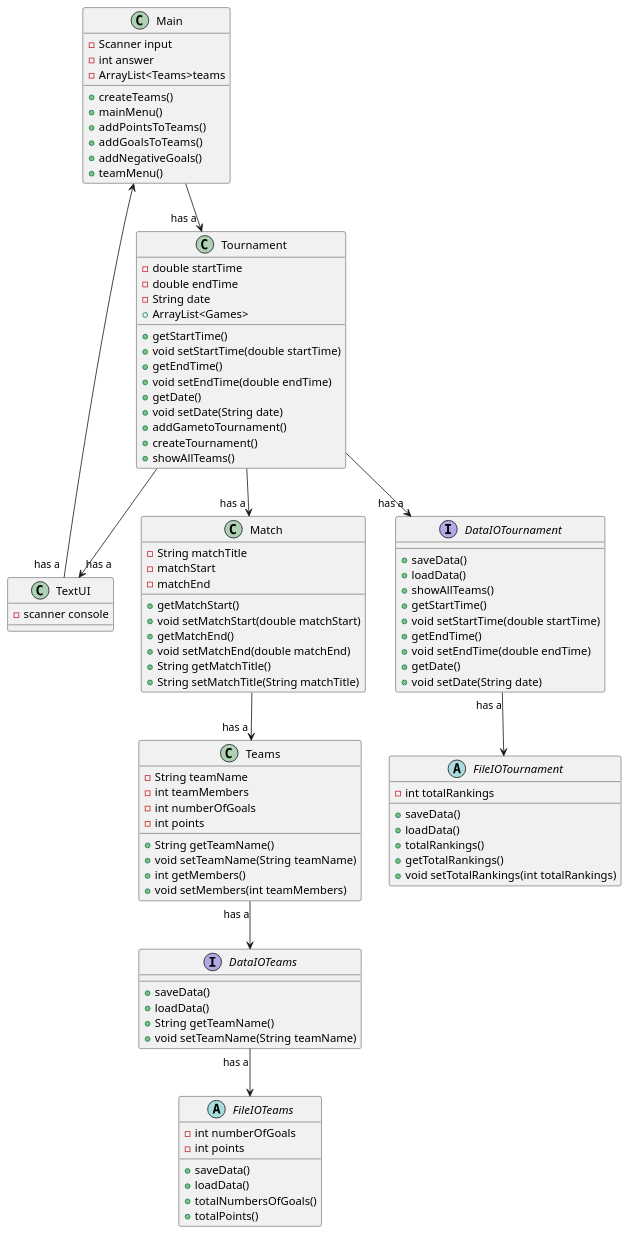
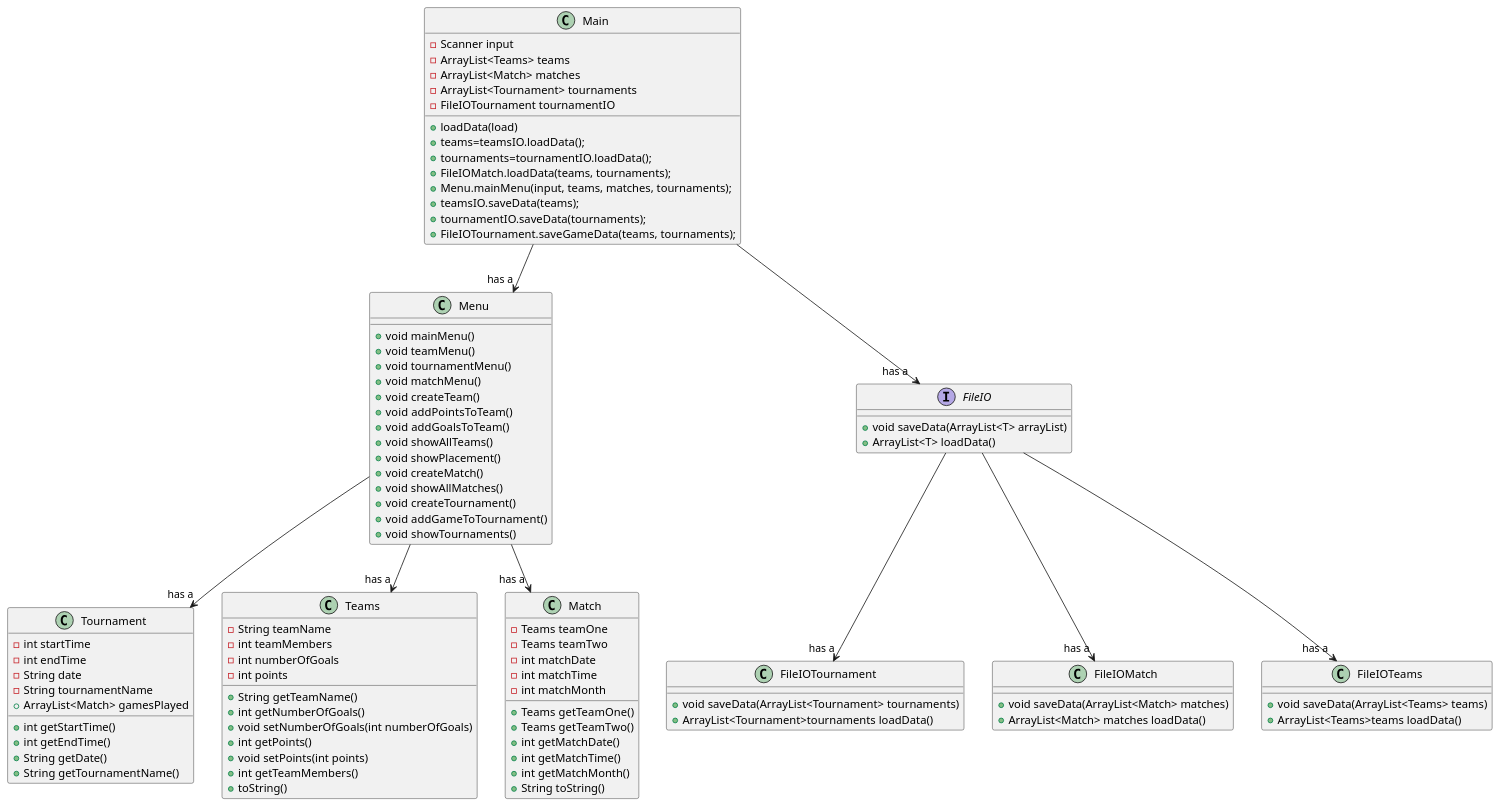
Before and after one commit to Ravnkilde1995/F22SP3-GroupJ: the diagram in src/dokumentation/ClassDiagram.puml, drawn with PlantUML. The commit also changed 3 other files, not shown here.

Commit message:
updated ClassDiagram

```diff
--- a/src/dokumentation/ClassDiagram.puml
+++ b/src/dokumentation/ClassDiagram.puml
@@ -1,107 +1,109 @@
 @startuml
 
-Main --> "has a "Tournament
-Tournament --> "has a "TextUI
-Match --> "has a " Teams
-Tournament --> "has a " Match
-TextUI "has a "--> Main
-Tournament --> "has a" DataIOTournament
-Teams "has a"-->  DataIOTeams
-DataIOTeams "has a" --> FileIOTeams
-DataIOTournament "has a"-->FileIOTournament
-
+Main --> "has a " Menu
+Menu --> "has a " Tournament
+Menu --> "has a " Teams
+Menu --> "has a " Match
+Main --> "has a " FileIO
+FileIO --> "has a"FileIOTournament
+FileIO --> "has a" FileIOMatch
+FileIO --> "has a"FileIOTeams
 
 Class Main {
 - Scanner input
-- int answer
--ArrayList<Teams>teams
-+ createTeams()
-+ mainMenu()
-+addPointsToTeams()
-+addGoalsToTeams()
-+addNegativeGoals()
-+teamMenu()
+- ArrayList<Teams> teams
+- ArrayList<Match> matches
+- ArrayList<Tournament> tournaments
+- FileIOTournament tournamentIO
++ loadData(load)
++ teams=teamsIO.loadData();
++ tournaments=tournamentIO.loadData();
++ FileIOMatch.loadData(teams, tournaments);
++ Menu.mainMenu(input, teams, matches, tournaments);
++teamsIO.saveData(teams);
++tournamentIO.saveData(tournaments);
++ FileIOTournament.saveGameData(teams, tournaments);
+
+}
+
+Class Menu {
++ void mainMenu()
++ void teamMenu()
++ void tournamentMenu()
++ void matchMenu()
++ void createTeam()
++ void addPointsToTeam()
++ void addGoalsToTeam()
++ void showAllTeams()
++ void showPlacement()
++ void createMatch()
++ void showAllMatches()
++ void createTournament()
++ void addGameToTournament()
++ void showTournaments()
 
 }
 
 Class Tournament {
-- double startTime
-- double endTime
+- int startTime
+- int endTime
 - String date
-+ ArrayList<Games>
-+ getStartTime()
-+ void setStartTime(double startTime)
-+ getEndTime()
-+ void setEndTime(double endTime)
-+ getDate()
-+ void setDate(String date)
-+ addGametoTournament()
-+ createTournament()
-+ showAllTeams()
+- String tournamentName
++ ArrayList<Match> gamesPlayed
++ int getStartTime()
++ int getEndTime()
++ String getDate()
++ String getTournamentName()
 
 }
 
 Class Teams {
 - String teamName
 - int teamMembers
 - int numberOfGoals
 - int points
 + String getTeamName()
-+ void setTeamName(String teamName)
-+ int getMembers()
-+ void setMembers(int teamMembers)
-}
-
-Class TextUI {
-- scanner console
-}
-
-Class Match {
-- String matchTitle
-- matchStart
-- matchEnd
-+ getMatchStart()
-+ void setMatchStart(double matchStart)
-+getMatchEnd()
-+ void setMatchEnd(double matchEnd)
-+ String getMatchTitle()
-+ String setMatchTitle(String matchTitle)
-}
-interface DataIOTeams{
-+ saveData()
-+ loadData()
-+ String getTeamName()
-+ void setTeamName(String teamName)
-}
-abstract FileIOTeams{
-- int numberOfGoals
-- int points
-+ saveData()
-+ loadData()
-+ totalNumbersOfGoals()
-+totalPoints()
-}
-
-interface DataIOTournament{
-+ saveData()
-+ loadData()
-+ showAllTeams()
-+ getStartTime()
-+ void setStartTime(double startTime)
-+ getEndTime()
-+ void setEndTime(double endTime)
-+ getDate()
-+ void setDate(String date)
-
-}
-abstract FileIOTournament{
-- int totalRankings
-+saveData()
-+ loadData()
-+totalRankings()
-+getTotalRankings()
-+void setTotalRankings(int totalRankings)
++ int getNumberOfGoals()
++ void setNumberOfGoals(int numberOfGoals)
++ int getPoints()
++ void setPoints(int points)
++ int getTeamMembers()
++ toString()
 }
 
 
+Class Match {
+- Teams teamOne
+- Teams teamTwo
+- int matchDate
+- int matchTime
+- int matchMonth
++ Teams getTeamOne()
++ Teams getTeamTwo()
++ int getMatchDate()
++ int getMatchTime()
++ int getMatchMonth()
++ String toString()
+}
+
+interface FileIO{
++ void saveData(ArrayList<T> arrayList)
++ ArrayList<T> loadData()
+}
+
+Class FileIOTeams{
++ void saveData(ArrayList<Teams> teams)
++ ArrayList<Teams>teams loadData()
+}
+
+Class FileIOTournament{
++ void saveData(ArrayList<Tournament> tournaments)
++ ArrayList<Tournament>tournaments loadData()
+}
+
+Class FileIOMatch{
++ void saveData(ArrayList<Match> matches)
++ ArrayList<Match> matches loadData()
+}
+
 @enduml
```
